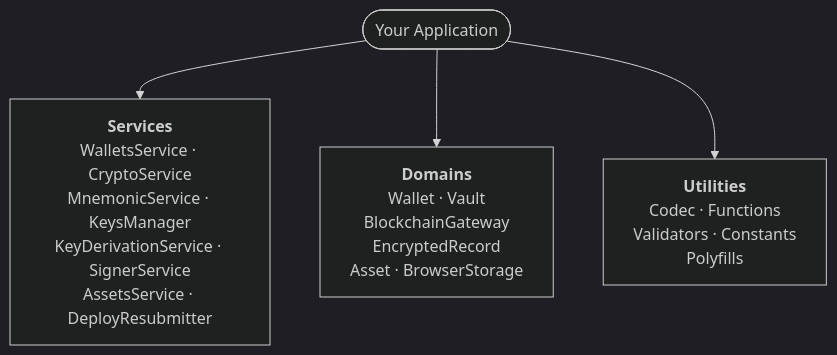
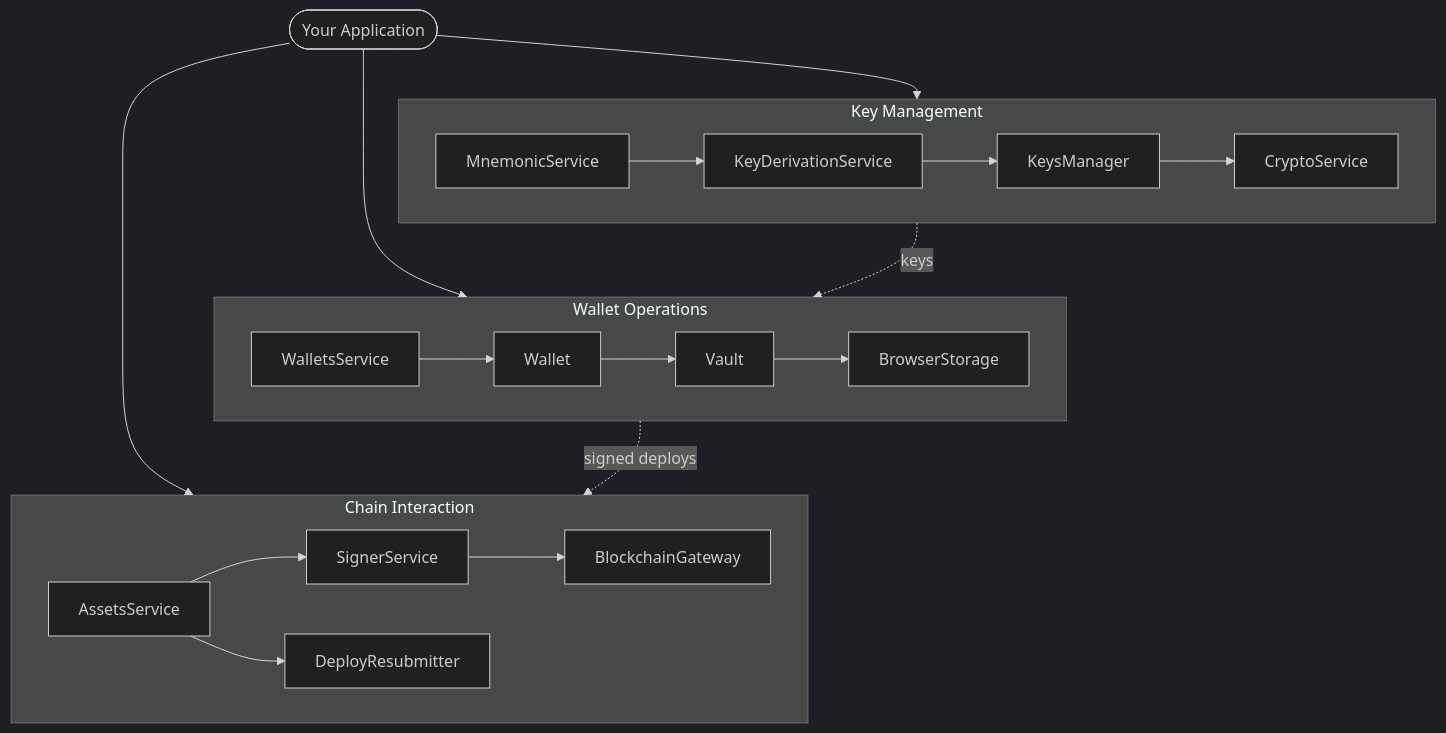
One commit to asi-alliance/asi-chain-docs-portal changed the second of 5 diagrams in wallet-sdk/overview/index.md. Above: the diagram before and after it, drawn with Mermaid (dark theme). The commit also changed other lines of this file, not shown here.

Commit message:
[AS-571] Improve Module Architecture diagram variations

````diff
--- a/wallet-sdk/overview/index.md
+++ b/wallet-sdk/overview/index.md
@@ -88,8 +118,31 @@
 ```mermaid
 flowchart TB
     A(["Your Application"])
 
-    A --> S["<b>Services</b><br/>WalletsService · CryptoService<br/>MnemonicService · KeysManager<br/>KeyDerivationService · SignerService<br/>AssetsService · DeployResubmitter"]
-    A --> D["<b>Domains</b><br/>Wallet · Vault<br/>BlockchainGateway<br/>EncryptedRecord<br/>Asset · BrowserStorage"]
-    A --> U["<b>Utilities</b><br/>Codec · Functions<br/>Validators · Constants<br/>Polyfills"]
+    A --> KM
+    A --> WO
+    A --> CI
+
+    subgraph KM["Key Management"]
+        direction LR
+        MnemonicService --> KeyDerivationService --> KeysManager
+        KeysManager --> CryptoService
+    end
+
+    subgraph WO["Wallet Operations"]
+        direction LR
+        WalletsService --> Wallet
+        Wallet --> Vault
+        Vault --> BrowserStorage
+    end
+
+    subgraph CI["Chain Interaction"]
+        direction LR
+        AssetsService --> SignerService
+        SignerService --> BlockchainGateway
+        AssetsService --> DeployResubmitter
+    end
+
+    KM -.->|"keys"| WO
+    WO -.->|"signed deploys"| CI
 ```
````
